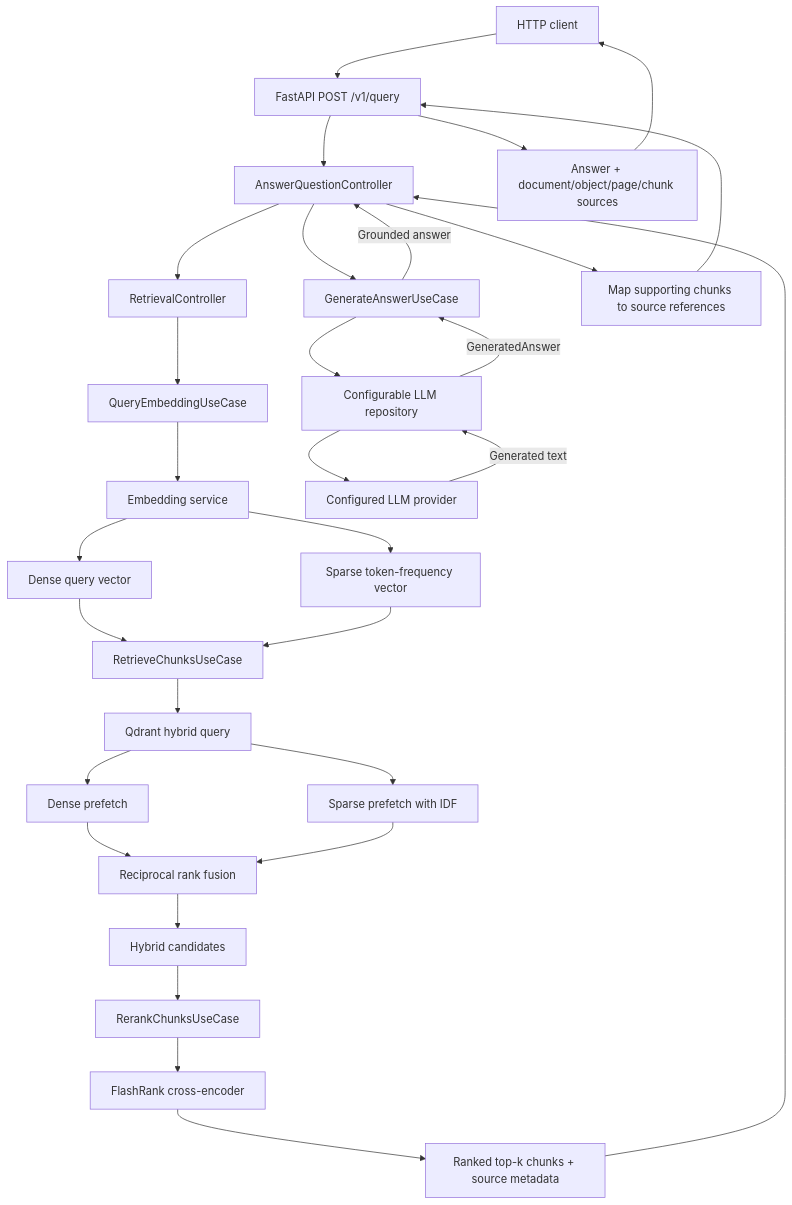
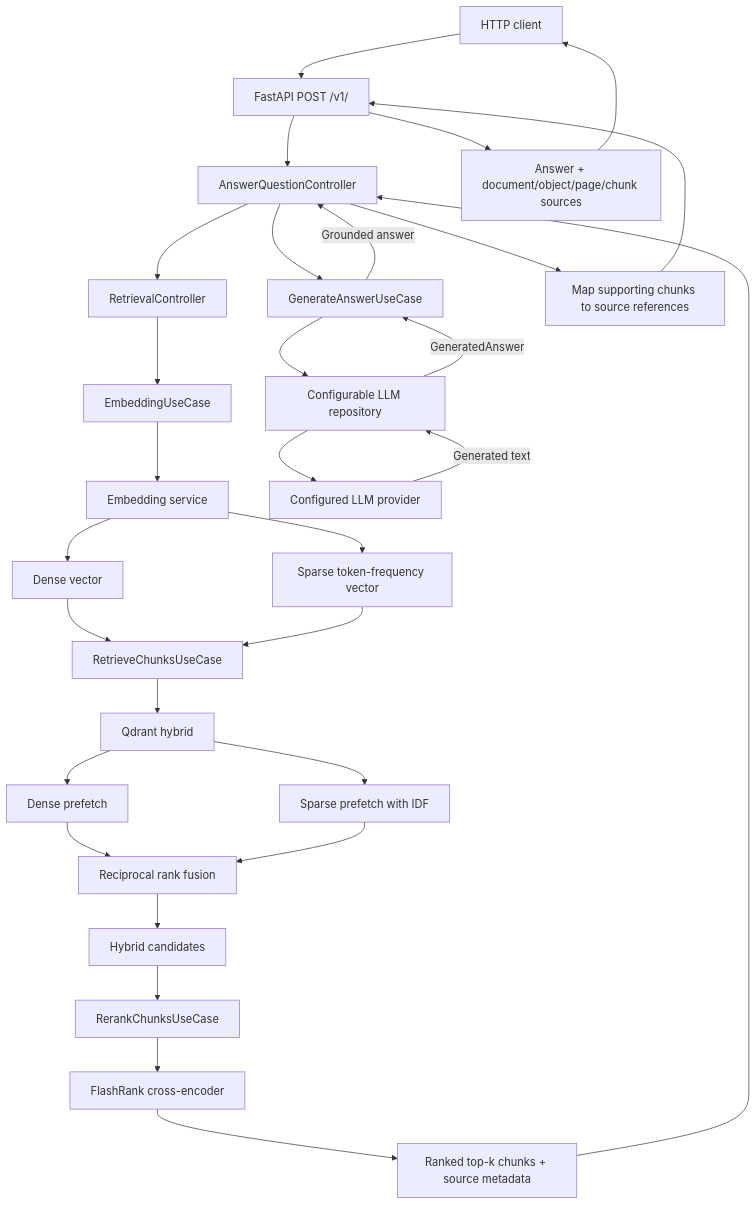
Before and after one commit to tolga-kabadurmus/enterprise-rag-retrieval: the first of 2 diagrams in README.md, drawn with Mermaid. The commit also changed other lines of this file, not shown here.

First line of the commit message:
Revise README for API endpoint and component updates

````diff
--- a/README.md
+++ b/README.md
@@ -26,32 +26,32 @@
 ```mermaid
 flowchart TD
-    Client[HTTP client] --> API[FastAPI POST /v1/query]
+    Client[HTTP client] --> API[FastAPI POST /v1/]
     API --> AnswerController[AnswerQuestionController]
     AnswerController --> RetrievalController[RetrievalController]
-    RetrievalController --> Embed[QueryEmbeddingUseCase]
+    RetrievalController --> Embed[EmbeddingUseCase]
     Embed --> EmbeddingService[Embedding service]
-    EmbeddingService --> Dense[Dense query vector]
+    EmbeddingService --> Dense[Dense  vector]
     EmbeddingService --> Sparse[Sparse token-frequency vector]
     Dense --> Retrieve[RetrieveChunksUseCase]
     Sparse --> Retrieve
-    Retrieve --> Qdrant[Qdrant hybrid query]
+    Retrieve --> Qdrant[Qdrant hybrid ]
     Qdrant --> DensePrefetch[Dense prefetch]
     Qdrant --> SparsePrefetch[Sparse prefetch with IDF]
     DensePrefetch --> RRF[Reciprocal rank fusion]
     SparsePrefetch --> RRF
     RRF --> Candidates[Hybrid candidates]
     Candidates --> Rerank[RerankChunksUseCase]
     Rerank --> FlashRank[FlashRank cross-encoder]
     FlashRank --> Chunks[Ranked top-k chunks + source metadata]
     Chunks --> AnswerController
     AnswerController --> Generate[GenerateAnswerUseCase]
     Generate --> LLMRepo[Configurable LLM repository]
     LLMRepo --> LLM[Configured LLM provider]
     LLM -->|Generated text| LLMRepo
     LLMRepo -->|GeneratedAnswer| Generate
     Generate -->|Grounded answer| AnswerController
     AnswerController --> Sources[Map supporting chunks to source references]
     Sources --> API
     API --> Response[Answer + document/object/page/chunk sources]
     Response --> Client
 ```
````
